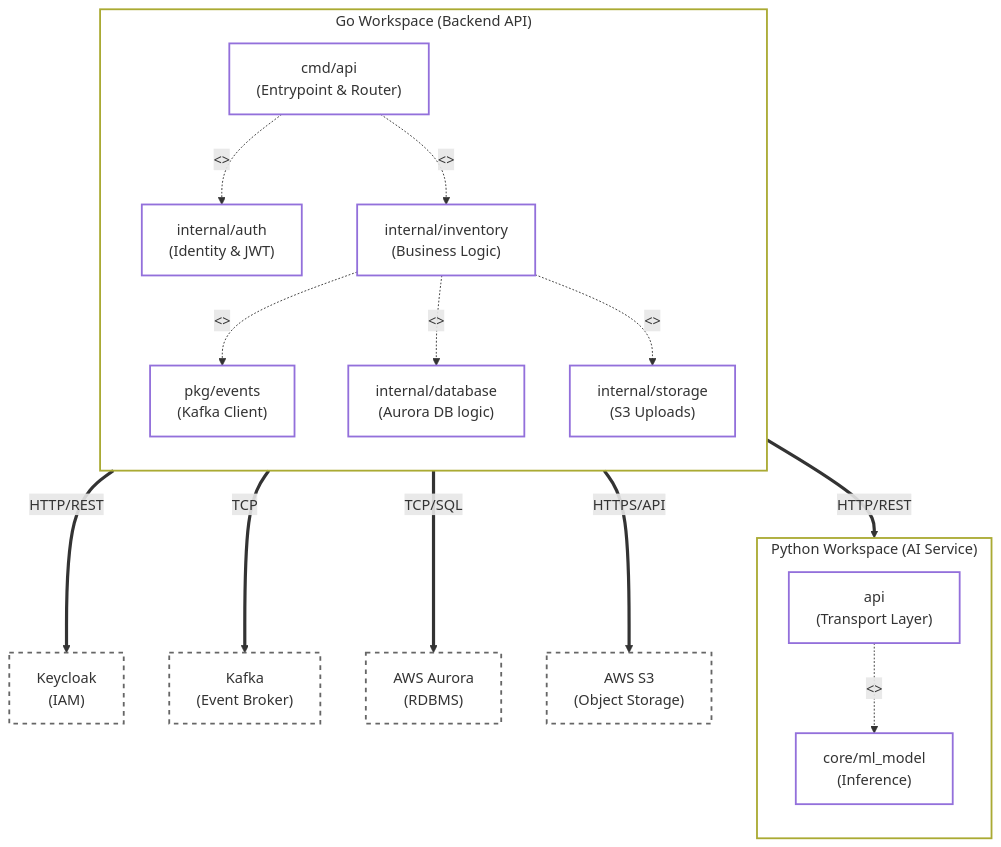
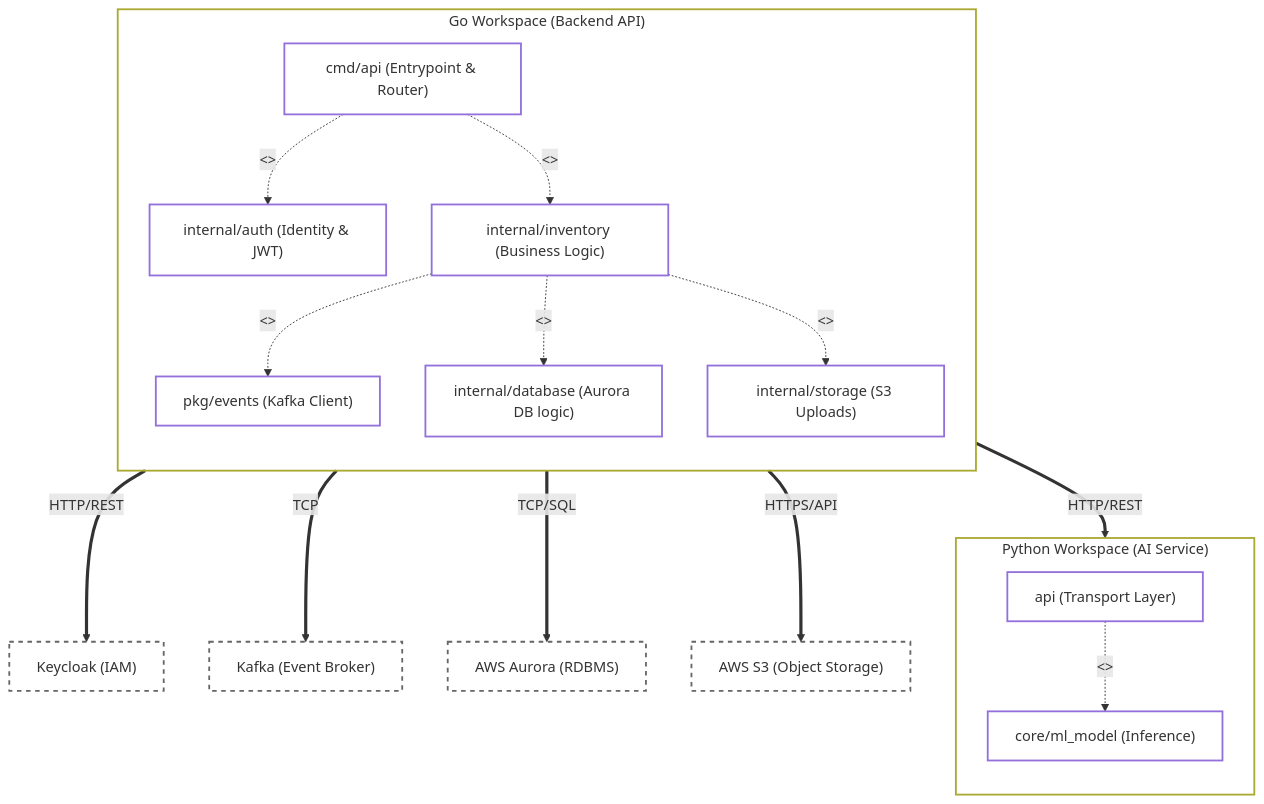
The diagram in docs/4+1 Model/package.md (monxvoll/WeiCloth), drawn with Mermaid before and after one commit. The commit also changed 1 other file, not shown here.

Commit message:
docs(diagrams): fix unnecesary spacing

````diff
--- a/docs/4+1 Model/package.md
+++ b/docs/4+1 Model/package.md
@@ -6,56 +6,56 @@
 ```mermaid
 flowchart TD
     classDef clean border:#333,stroke-width:2px,fill:none;
     classDef ext stroke:#666,stroke-width:2px,stroke-dasharray: 5 5,fill:none;
 
     %% BACKEND (Go Workspace)
    
     subgraph GoWorkspace ["Go Workspace (Backend API)"]
         direction TB
-        Router["cmd/api\n(Entrypoint & Router)"]
-        AuthB["internal/auth\n(Identity & JWT)"]
-        InvB["internal/inventory\n(Business Logic)"]
-        Events["pkg/events\n(Kafka Client)"]
-        DB["internal/database\n(Aurora DB logic)"]
-        Storage["internal/storage\n(S3 Uploads)"]
+        Router["cmd/api (Entrypoint & Router)"]
+        AuthB["internal/auth (Identity & JWT)"]
+        InvB["internal/inventory (Business Logic)"]
+        Events["pkg/events (Kafka Client)"]
+        DB["internal/database (Aurora DB logic)"]
+        Storage["internal/storage (S3 Uploads)"]
         
         Router -. "<<uses>>" .-> AuthB
         Router -. "<<uses>>" .-> InvB
         InvB -. "<<uses>>" .-> Events
         InvB -. "<<uses>>" .-> DB
         InvB -. "<<uses>>" .-> Storage
     end
     class GoWorkspace,Router,AuthB,InvB,Events,DB,Storage clean;
 
    
     %% PYTHON AI Workspace
    
     subgraph PythonAI ["Python Workspace (AI Service)"]
         direction TB
-        Flask["api\n(Transport Layer)"]
-        ML["core/ml_model\n(Inference)"]
+        Flask["api (Transport Layer)"]
+        ML["core/ml_model (Inference)"]
         
         Flask -. "<<uses>>" .-> ML
     end
     class PythonAI,Flask,ML clean;
 
   
     %% INFRAESTRUCTURA EXTERNA
    
-    KC["Keycloak\n(IAM)"]
-    KafkaCluster["Kafka\n(Event Broker)"]
-    AuroraDB["AWS Aurora\n(RDBMS)"]
-    AWS_S3["AWS S3\n(Object Storage)"]
+    KC["Keycloak (IAM)"]
+    KafkaCluster["Kafka (Event Broker)"]
+    AuroraDB["AWS Aurora (RDBMS)"]
+    AWS_S3["AWS S3 (Object Storage)"]
     class KC,KafkaCluster,AuroraDB,AWS_S3 ext;
 
     
     %% COMUNICACIÓN DE RED
   
     AuthB ==>|HTTP/REST| KC
     Events ==>|TCP| KafkaCluster
     DB ==>|TCP/SQL| AuroraDB
     Storage ==>|HTTPS/API| AWS_S3
     
     %% Conexión Worker -> Python
     Events ==>|HTTP/REST| Flask
 ```
````
